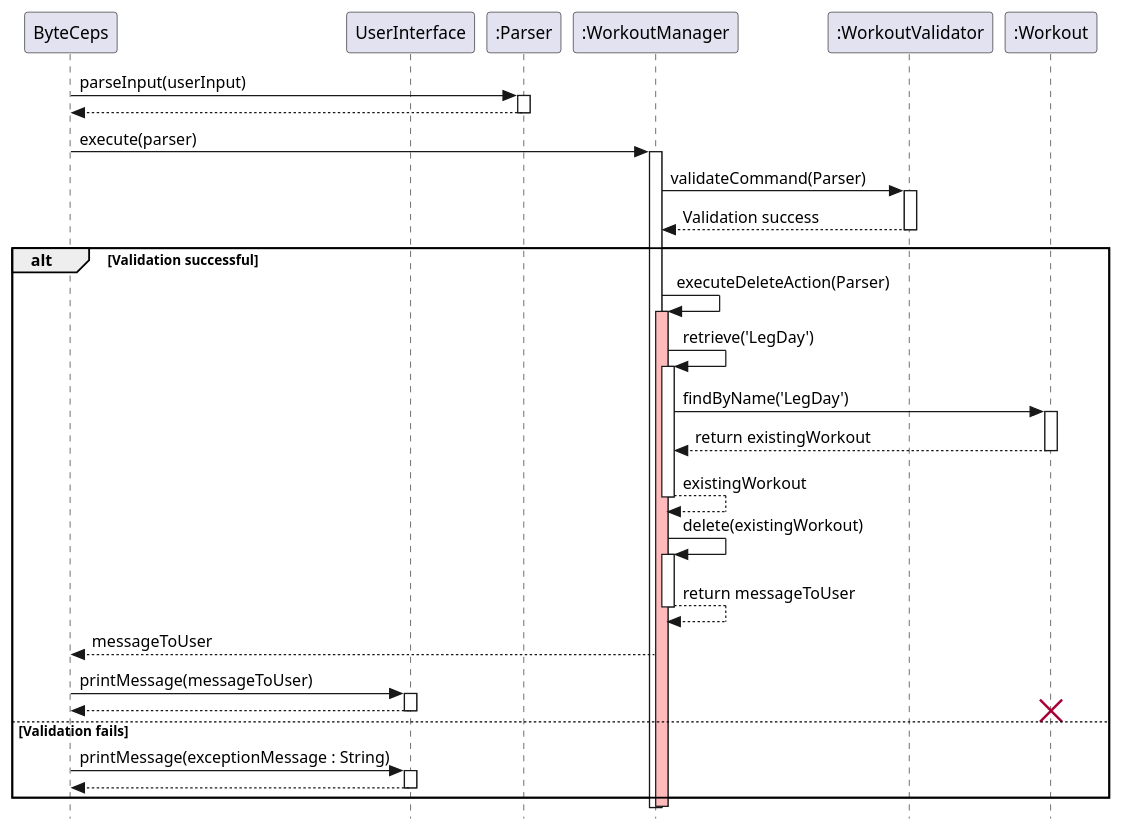
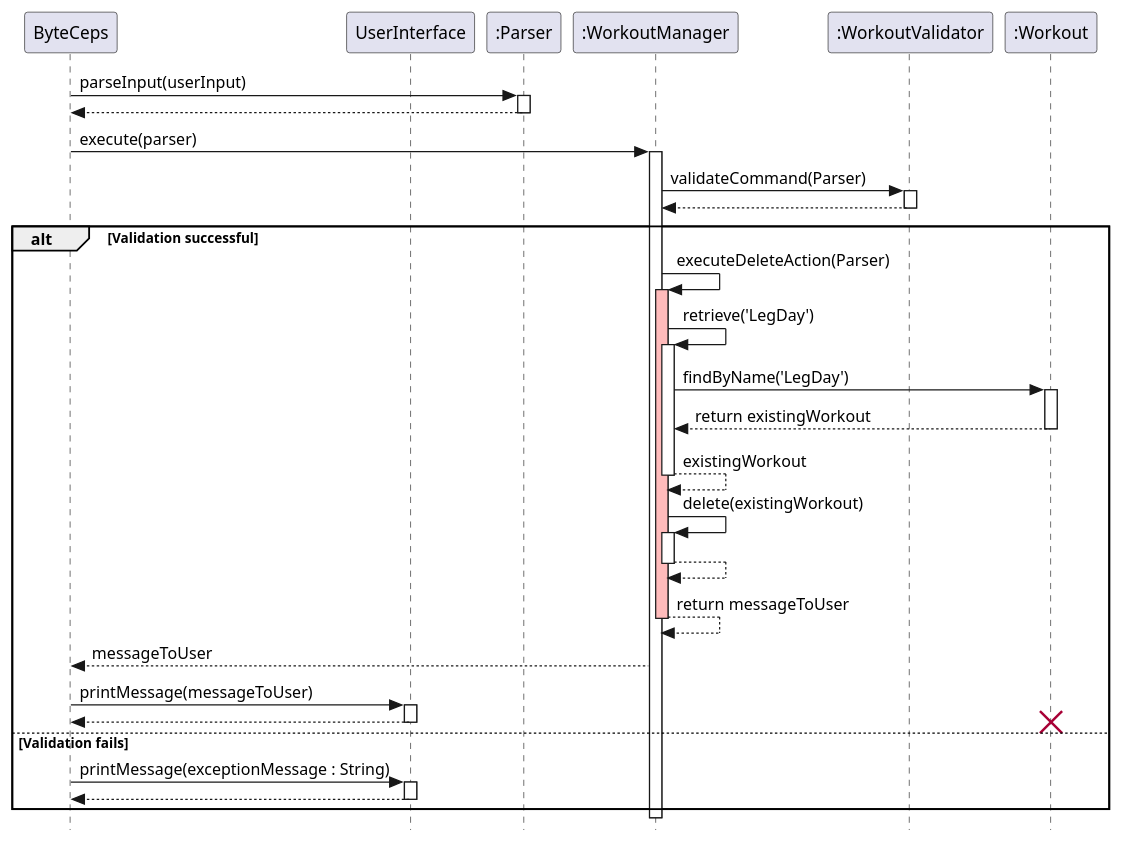
Before and after one commit to joshualeejunyi/tp: the diagram in docs/plantuml/deleteWorkout.puml, drawn with PlantUML. The commit also changed 7 other files, not shown here.

Commit message:
Modify sequence diagram for workout & exercise

```diff
--- a/docs/plantuml/deleteWorkout.puml
+++ b/docs/plantuml/deleteWorkout.puml
@@ -1,62 +1,65 @@
 @startuml SequenceDiagram
 
 skinparam classAttributeIconSize 0
 skinparam style strictuml
 
 participant ByteCeps as User
 participant UserInterface
 participant ":Parser" as Parser
 participant ":WorkoutManager" as WorkoutManager
 participant ":WorkoutValidator" as Validator
 participant ":Workout" as Workout
 
 User -> Parser : parseInput(userInput)
 activate Parser
 User <-- Parser
 deactivate Parser
 
 User -> WorkoutManager : execute(parser)
 activate WorkoutManager
 
 WorkoutManager -> Validator : validateCommand(Parser)
 activate Validator
-Validator --> WorkoutManager : Validation success
+Validator --> WorkoutManager :
 deactivate Validator
 
 alt Validation successful
     WorkoutManager -> WorkoutManager : executeDeleteAction(Parser)
     activate WorkoutManager #FFBBBB
 
     WorkoutManager -> WorkoutManager : retrieve('LegDay')
     activate WorkoutManager
     WorkoutManager -> Workout : findByName('LegDay')
     activate Workout
     Workout --> WorkoutManager : return existingWorkout
     deactivate Workout
     WorkoutManager --> WorkoutManager : existingWorkout
     deactivate WorkoutManager #FFBBBB
 
     WorkoutManager -> WorkoutManager : delete(existingWorkout)
     activate WorkoutManager
-    WorkoutManager --> WorkoutManager : return messageToUser
+    WorkoutManager --> WorkoutManager :
     deactivate WorkoutManager
 
+
+    WorkoutManager --> WorkoutManager : return messageToUser
+    deactivate WorkoutManager #FFBBBB
     WorkoutManager --> User : messageToUser
     User -> UserInterface: printMessage(messageToUser)
     activate UserInterface
     UserInterface --> User
     deactivate UserInterface
 
     destroy Workout
 
 else Validation fails
     User -> UserInterface: printMessage(exceptionMessage : String)
     activate UserInterface
     UserInterface --> User:
     deactivate UserInterface
 end
 
 deactivate WorkoutManager
 deactivate Parser
 
 @enduml
```
